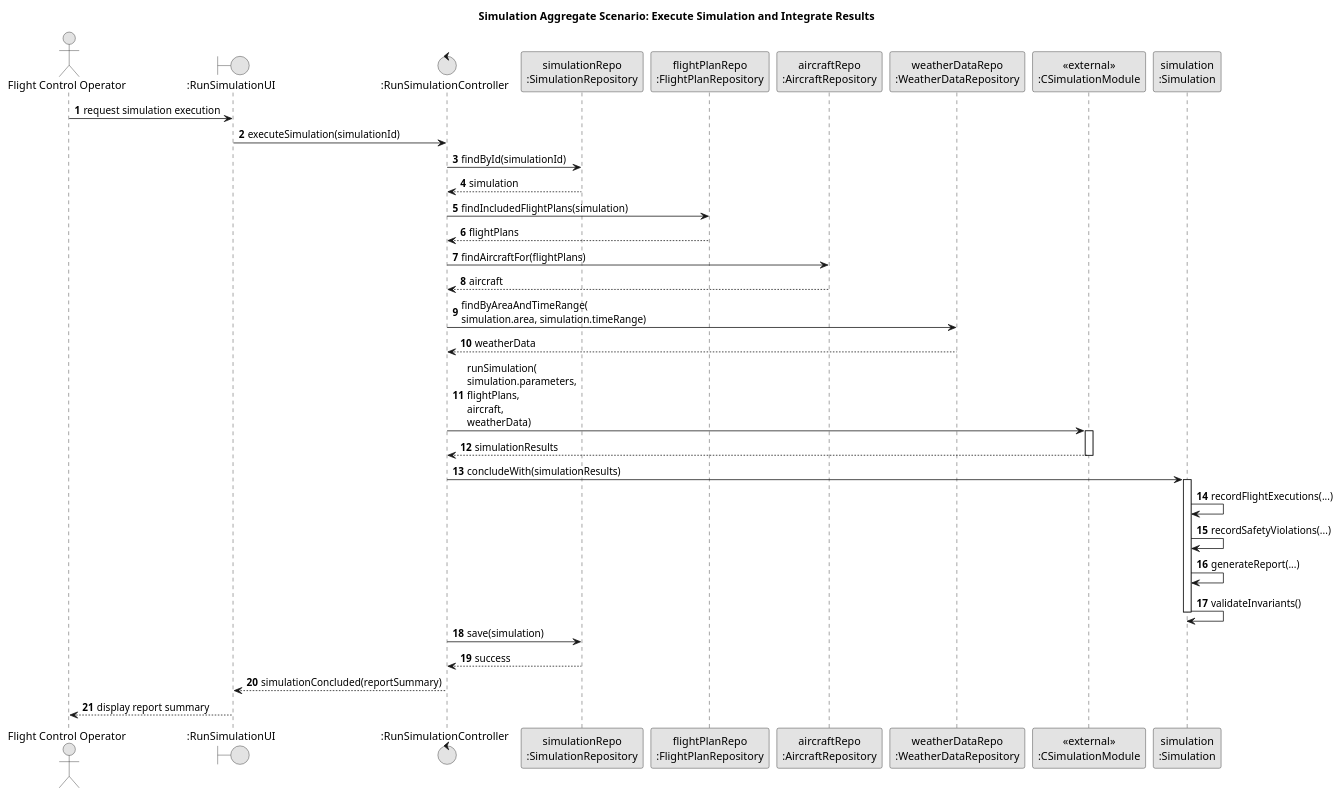
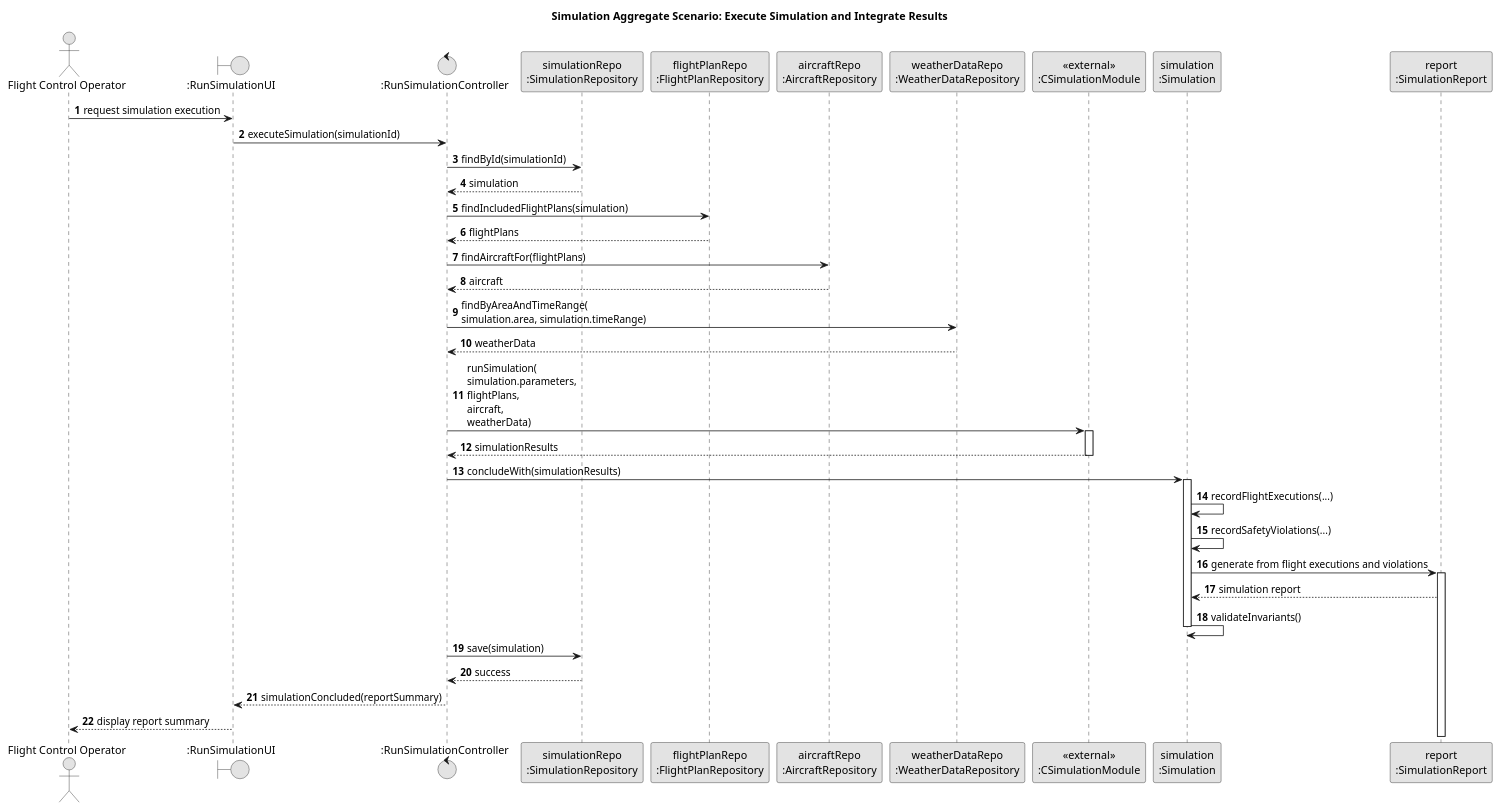
Before and after one commit to GustavoFerreira24/flight-management-platform: the diagram in docs/global-artifacts/03.design/puml/SimulationAggregate-SD.puml, drawn with PlantUML. The commit also changed 11 other files, not shown here.

Commit message:
US111(DOCS): Add sequence diagram for `Generate a Simulation Report Scenario`. Include SVG under `docs/us_111/svg`. [#212]

```diff
--- a/docs/global-artifacts/03.design/puml/SimulationAggregate-SD.puml
+++ b/docs/global-artifacts/03.design/puml/SimulationAggregate-SD.puml
@@ -1,54 +1,56 @@
 @startuml
 title Simulation Aggregate Scenario: Execute Simulation and Integrate Results
 
 skinparam monochrome true
 skinparam packageStyle rectangle
 skinparam shadowing false
 skinparam responseMessageBelowArrow true
 autonumber
 
 actor "Flight Control Operator" as FCO
 boundary ":RunSimulationUI" as UI
 control ":RunSimulationController" as C
 participant "simulationRepo\n:SimulationRepository" as SimRepo
 participant "flightPlanRepo\n:FlightPlanRepository" as FPRepo
 participant "aircraftRepo\n:AircraftRepository" as ARepo
 participant "weatherDataRepo\n:WeatherDataRepository" as WRepo
 participant "<<external>>\n:CSimulationModule" as CSim
 participant "simulation\n:Simulation" as Sim
+participant "report\n:SimulationReport" as Report
 
 FCO -> UI : request simulation execution
 UI -> C : executeSimulation(simulationId)
 
 C -> SimRepo : findById(simulationId)
 SimRepo --> C : simulation
 
 C -> FPRepo : findIncludedFlightPlans(simulation)
 FPRepo --> C : flightPlans
 
 C -> ARepo : findAircraftFor(flightPlans)
 ARepo --> C : aircraft
 
 C -> WRepo : findByAreaAndTimeRange(\nsimulation.area, simulation.timeRange)
 WRepo --> C : weatherData
 
 C -> CSim : runSimulation(\nsimulation.parameters,\nflightPlans,\naircraft,\nweatherData)
 activate CSim
 CSim --> C : simulationResults
 deactivate CSim
 
 C -> Sim : concludeWith(simulationResults)
 activate Sim
 Sim -> Sim : recordFlightExecutions(...)
 Sim -> Sim : recordSafetyViolations(...)
-Sim -> Sim : generateReport(...)
+Sim -> Report ++ : generate from flight executions and violations
+Report --> Sim : simulation report
 Sim -> Sim : validateInvariants()
 deactivate Sim
 
 C -> SimRepo : save(simulation)
 SimRepo --> C : success
 
 C --> UI : simulationConcluded(reportSummary)
 UI --> FCO : display report summary
 
 @enduml
```
